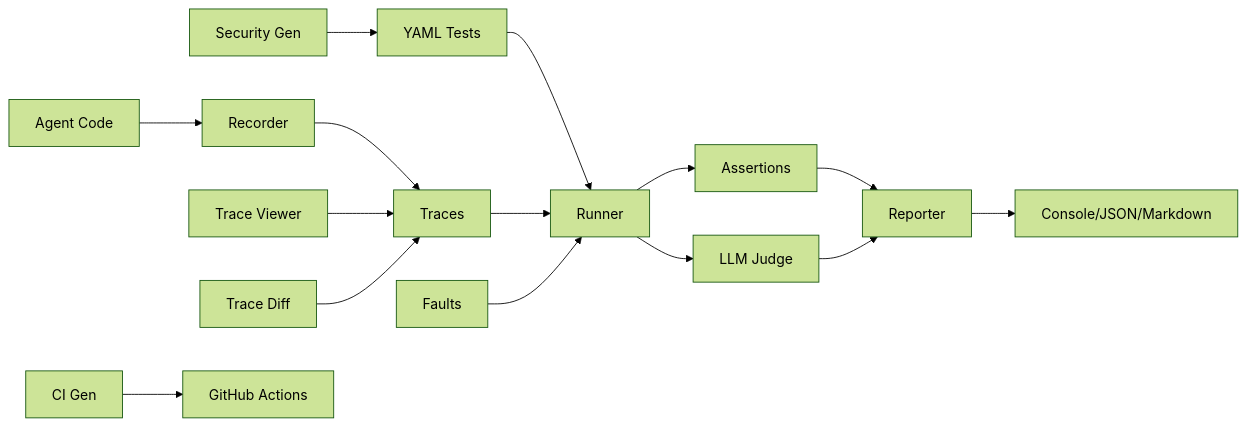
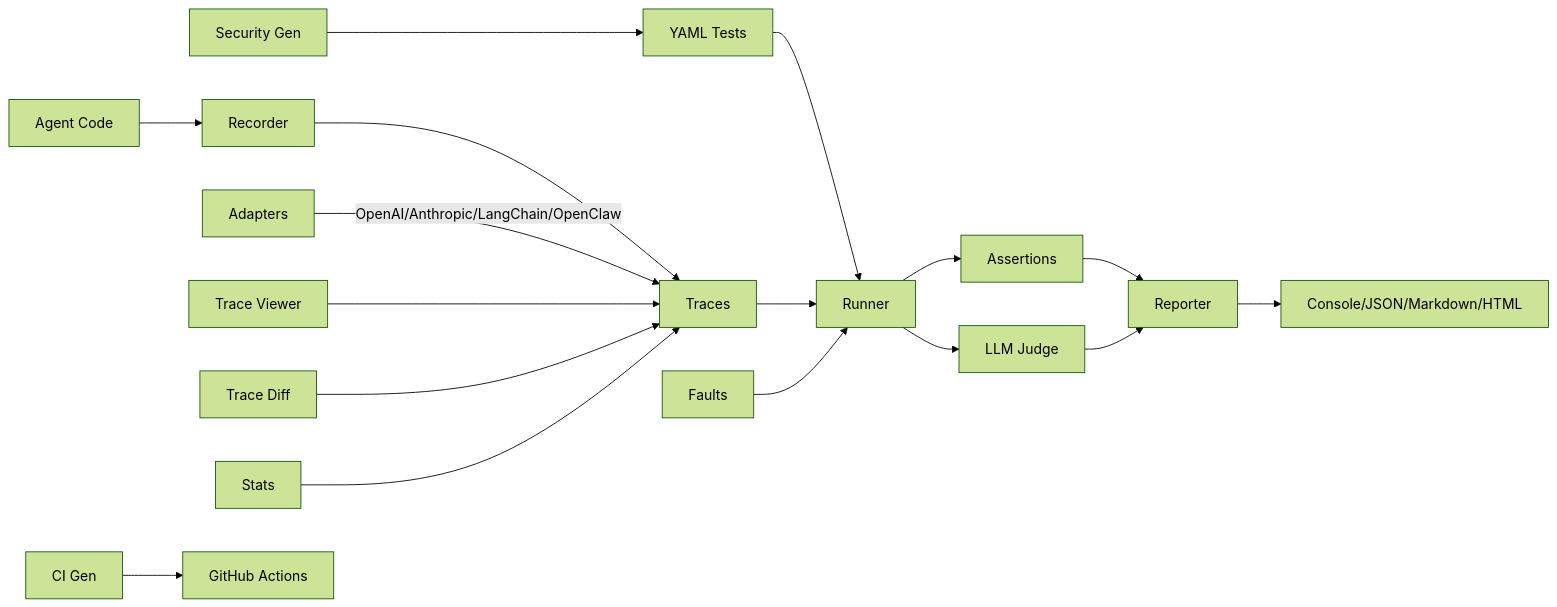
Before and after one commit to NeuZhou/agentprobe: the second of 2 diagrams in README.md, drawn with Mermaid (forest theme). The commit also changed other lines of this file, not shown here.

Commit message:
docs: improved README with philosophy, roadmap, comparison diagram, badges

````diff
--- a/README.md
+++ b/README.md
@@ -323,19 +276,22 @@
 ```mermaid
 graph LR
     A[YAML Tests] --> B[Runner]
     C[Traces] --> B
     F[Faults] --> B
     B --> D[Assertions]
     B --> J[LLM Judge]
     D --> E[Reporter]
     J --> E
-    E --> G[Console/JSON/Markdown]
+    E --> G[Console/JSON/Markdown/HTML]
 
     I[Agent Code] --> R[Recorder]
     R --> C
 
+    AD[Adapters] -->|OpenAI/Anthropic/LangChain/OpenClaw| C
+
     V[Trace Viewer] --> C
     DF[Trace Diff] --> C
+    ST[Stats] --> C
     S[Security Gen] --> A
     CI[CI Gen] --> GH[GitHub Actions]
 ```
````
